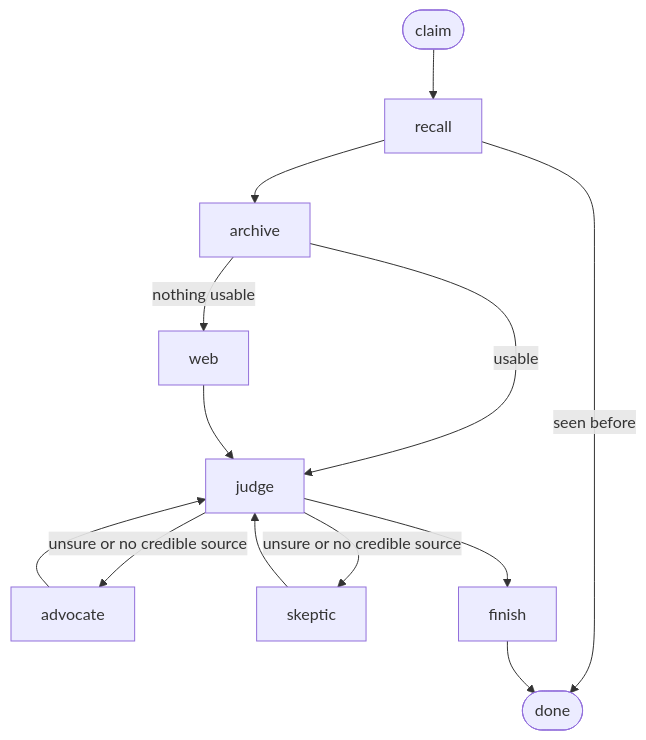
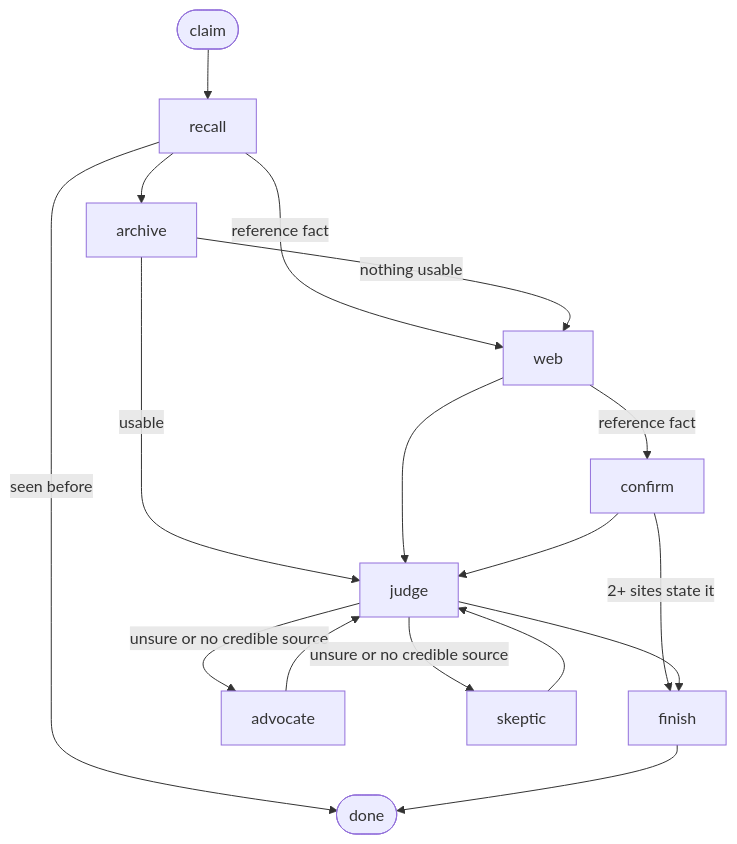
One commit to Rishab-Agrawal/fact-checker changed the diagram in README.md. Above: the diagram before and after it, drawn with Mermaid. The commit also changed other lines of this file and 4 other files, not shown here.

````diff
--- a/README.md
+++ b/README.md
@@ -12,10 +12,14 @@
 ```mermaid
 graph TD
   claim([claim]) --> recall
   recall -->|seen before| done([done])
   recall --> archive
+  recall -->|reference fact| web
   archive -->|usable| judge
   archive -->|nothing usable| web --> judge
+  web -->|reference fact| confirm
+  confirm -->|2+ sites state it| finish
+  confirm --> judge
   judge -->|unsure or no credible source| advocate & skeptic --> judge
   judge --> finish --> done
 ```
````
